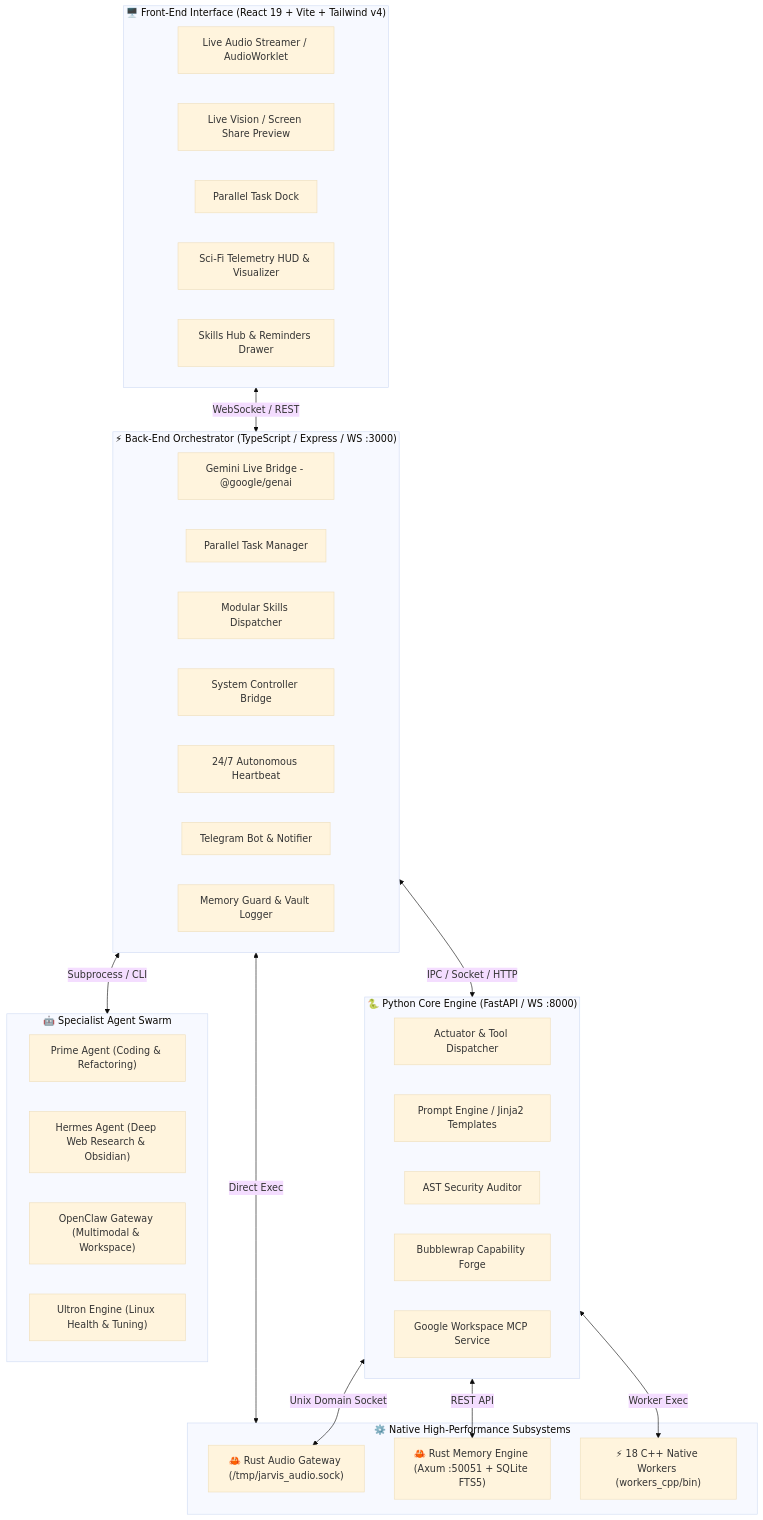
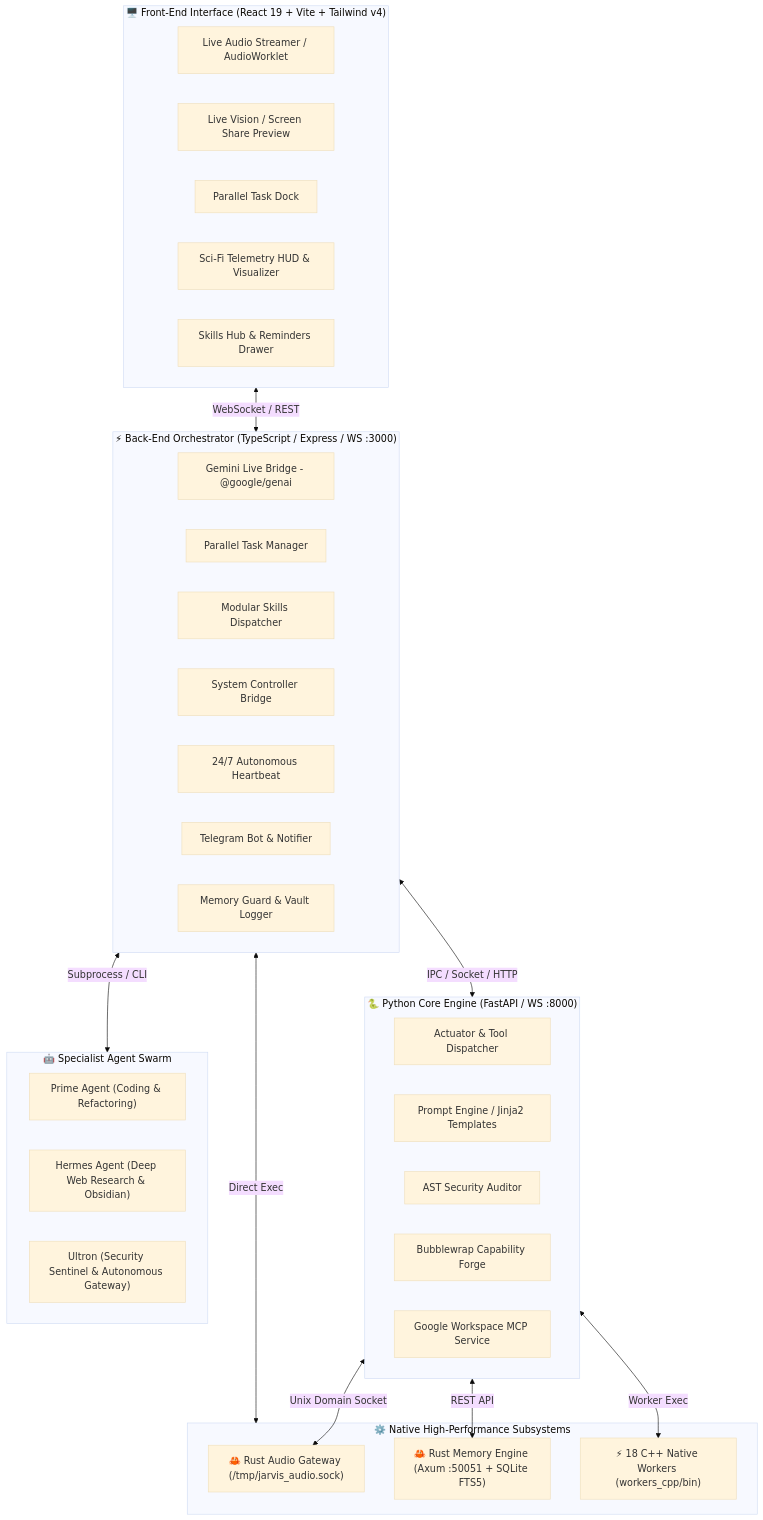
Before and after one commit to Jarvis-os-tech/JARVIS-OS: the diagram in README.md, drawn with Mermaid (base theme). The commit also changed other lines of this file and 30 other files, not shown here.

````diff
--- a/README.md
+++ b/README.md
@@ -56,49 +55,48 @@
 ```mermaid
 flowchart TB
     subgraph UI ["🖥️ Front-End Interface (React 19 + Vite + Tailwind v4)"]
         A[Live Audio Streamer / AudioWorklet]
         B[Live Vision / Screen Share Preview]
         C[Parallel Task Dock]
         D[Sci-Fi Telemetry HUD & Visualizer]
         E[Skills Hub & Reminders Drawer]
     end
 
     subgraph Server ["⚡ Back-End Orchestrator (TypeScript / Express / WS :3000)"]
         F[Gemini Live Bridge - @google/genai]
         G[Parallel Task Manager]
         H[Modular Skills Dispatcher]
         I[System Controller Bridge]
         J[24/7 Autonomous Heartbeat]
         K[Telegram Bot & Notifier]
         L[Memory Guard & Vault Logger]
     end
 
     subgraph CoreEngine ["🐍 Python Core Engine (FastAPI / WS :8000)"]
         M[Actuator & Tool Dispatcher]
         N[Prompt Engine / Jinja2 Templates]
         O[AST Security Auditor]
         P[Bubblewrap Capability Forge]
         Q[Google Workspace MCP Service]
     end
 
     subgraph NativeWorkers ["⚙️ Native High-Performance Subsystems"]
         R["🦀 Rust Audio Gateway (/tmp/jarvis_audio.sock)"]
         S["🦀 Rust Memory Engine (Axum :50051 + SQLite FTS5)"]
         T["⚡ 18 C++ Native Workers (workers_cpp/bin)"]
     end
 
     subgraph AgentSwarm ["🤖 Specialist Agent Swarm"]
         U["Prime Agent (Coding & Refactoring)"]
         V["Hermes Agent (Deep Web Research & Obsidian)"]
-        W["OpenClaw Gateway (Multimodal & Workspace)"]
-        X["Ultron Engine (Linux Health & Tuning)"]
+        W["Ultron (Security Sentinel & Autonomous Gateway)"]
     end
 
     UI <-->|WebSocket / REST| Server
     Server <-->|IPC / Socket / HTTP| CoreEngine
     Server <-->|Subprocess / CLI| AgentSwarm
     Server <-->|Direct Exec| NativeWorkers
     CoreEngine <-->|Unix Domain Socket| R
     CoreEngine <-->|REST API| S
     CoreEngine <-->|Worker Exec| T
 ```
````
